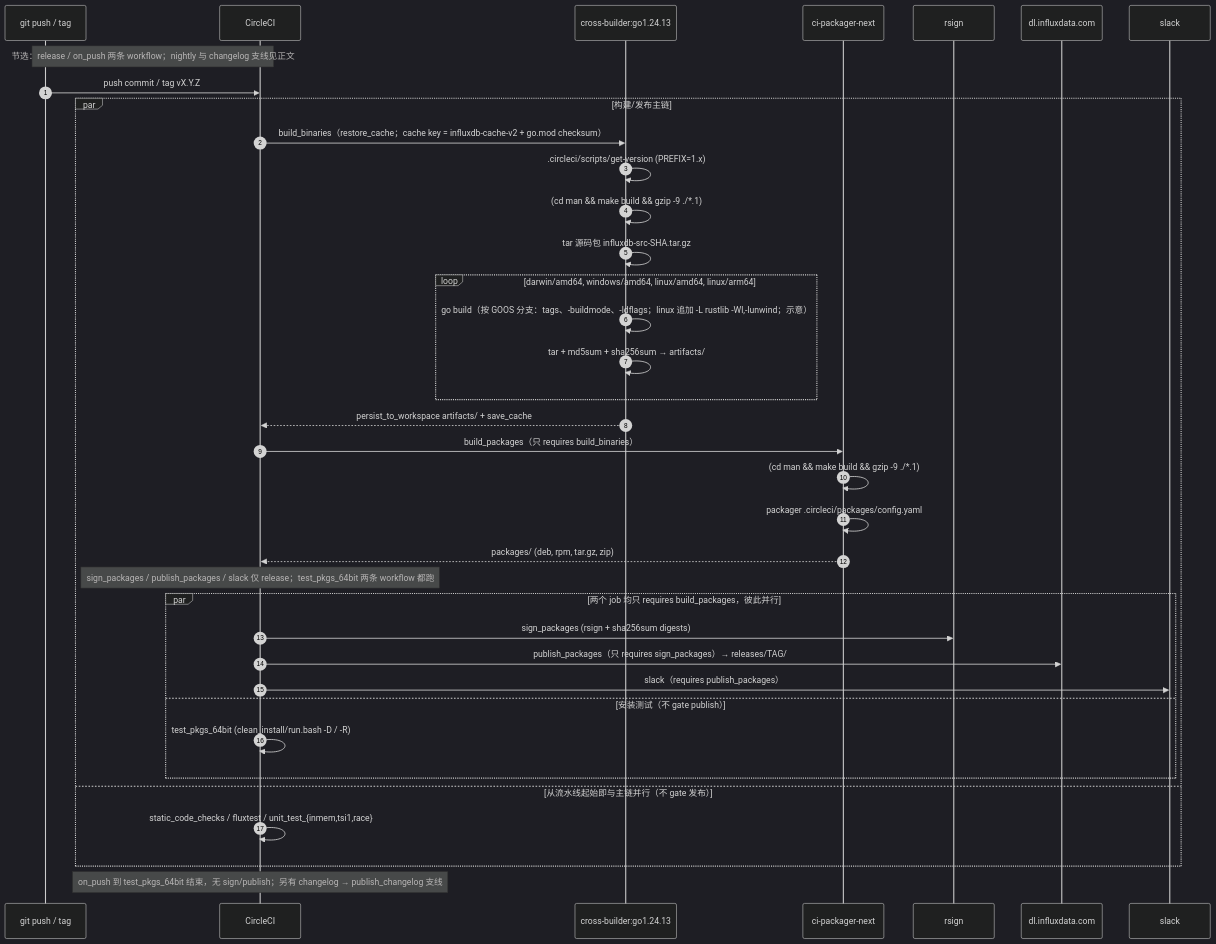
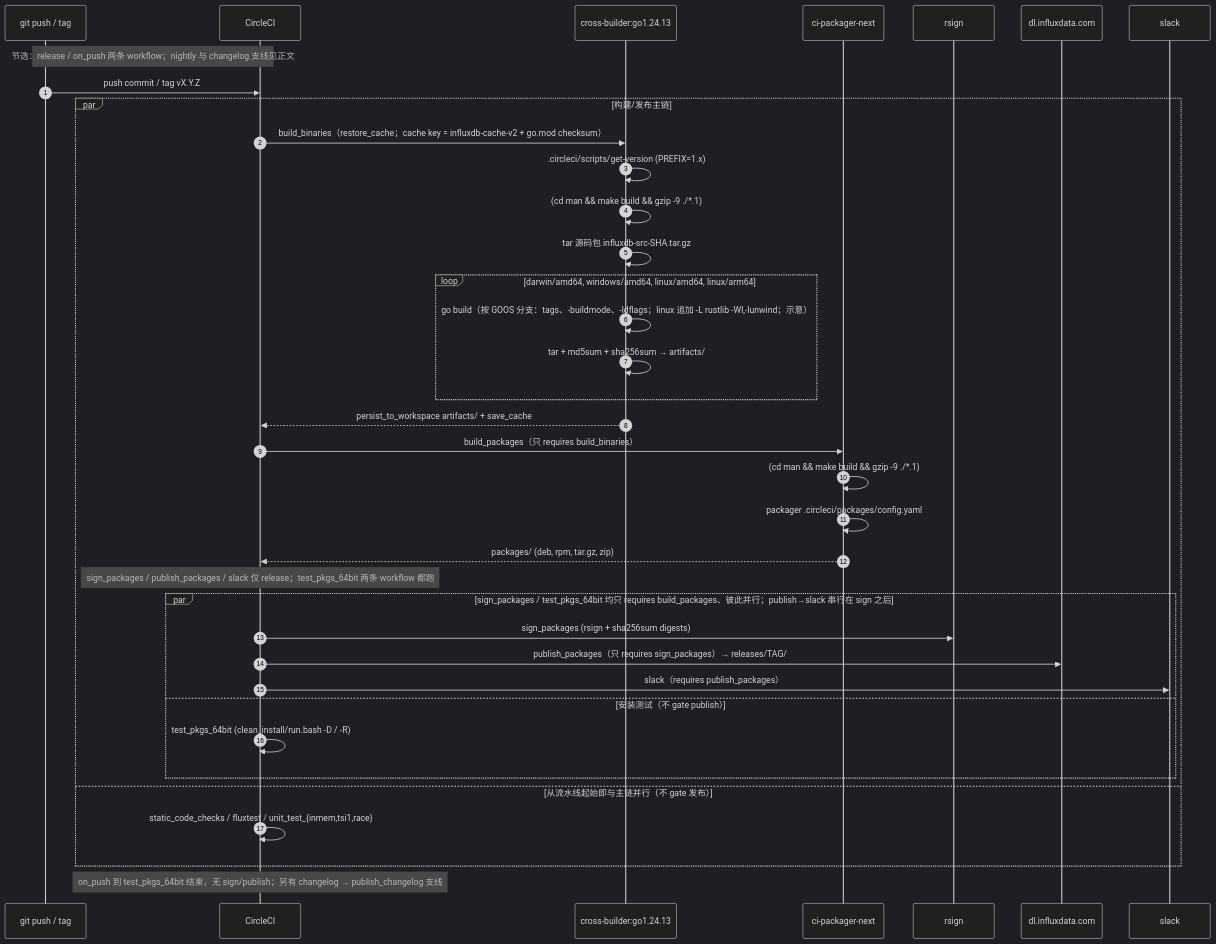
Before and after one commit to stefanv5/influxdb: the second of 2 diagrams in docs/specs/v1.8.10-vs-v1.12.3/07_build_perf_diff.md, drawn with Mermaid (dark theme). The commit also changed other lines of this file and 16 other files, not shown here.

````diff
--- a/docs/specs/v1.8.10-vs-v1.12.3/07_build_perf_diff.md
+++ b/docs/specs/v1.8.10-vs-v1.12.3/07_build_perf_diff.md
@@ -142,40 +142,40 @@
 ```mermaid
 sequenceDiagram
     autonumber
     participant Dev as git push / tag
     participant CI as CircleCI
     participant XB as cross-builder:go1.24.13
     participant PK as ci-packager-next
     participant SG as rsign
     participant S3 as dl.influxdata.com
     participant SL as slack
 
     Note over Dev,CI: 节选：release / on_push 两条 workflow；nightly 与 changelog 支线见正文
     Dev->>CI: push commit / tag vX.Y.Z
     par 构建/发布主链
         CI->>XB: build_binaries（restore_cache；cache key = influxdb-cache-v2 + go.mod checksum）
         XB->>XB: .circleci/scripts/get-version (PREFIX=1.x)
         XB->>XB: (cd man && make build && gzip -9 ./*.1)
         XB->>XB: tar 源码包 influxdb-src-SHA.tar.gz
         loop darwin/amd64, windows/amd64, linux/amd64, linux/arm64
             XB->>XB: go build（按 GOOS 分支：tags、-buildmode、-ldflags；linux 追加 -L rustlib -Wl,-lunwind；示意）
             XB->>XB: tar + md5sum + sha256sum → artifacts/
         end
         XB-->>CI: persist_to_workspace artifacts/ + save_cache
         CI->>PK: build_packages（只 requires build_binaries）
         PK->>PK: (cd man && make build && gzip -9 ./*.1)
         PK->>PK: packager .circleci/packages/config.yaml
         PK-->>CI: packages/ (deb, rpm, tar.gz, zip)
         Note over CI: sign_packages / publish_packages / slack 仅 release；test_pkgs_64bit 两条 workflow 都跑
-        par 两个 job 均只 requires build_packages，彼此并行
+        par sign_packages / test_pkgs_64bit 均只 requires build_packages、彼此并行；publish→slack 串行在 sign 之后
             CI->>SG: sign_packages (rsign + sha256sum digests)
             CI->>S3: publish_packages（只 requires sign_packages）→ releases/TAG/
             CI->>SL: slack（requires publish_packages）
         and 安装测试（不 gate publish）
             CI->>CI: test_pkgs_64bit (clean_install/run.bash -D / -R)
         end
     and 从流水线起始即与主链并行（不 gate 发布）
         CI->>CI: static_code_checks / fluxtest / unit_test_{inmem,tsi1,race}
     end
     Note over CI: on_push 到 test_pkgs_64bit 结束，无 sign/publish；另有 changelog → publish_changelog 支线
 ```
````
